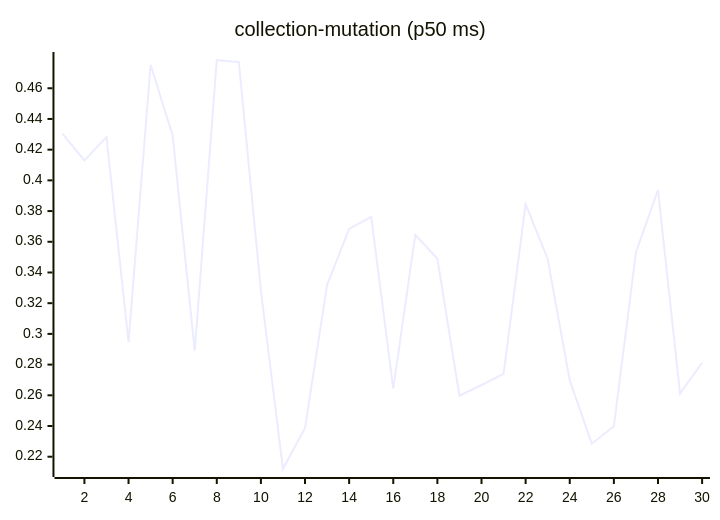
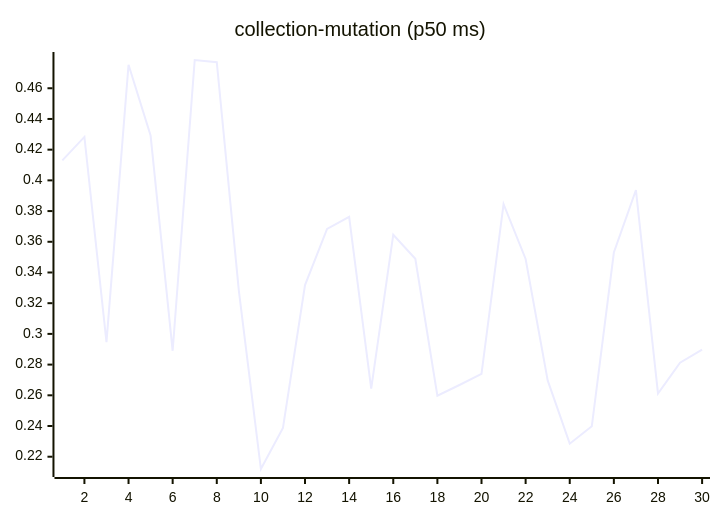
Before and after one commit to josha/Facet: the sixth of 27 diagrams in README.md, drawn with Mermaid. The commit also changed other lines of this file and 2 other files, not shown here.

````diff
--- a/README.md
+++ b/README.md
@@ -98,6 +98,6 @@
 ```mermaid
 xychart-beta
     title "collection-mutation (p50 ms)"
     x-axis 1 --> 30
-    line [0.4305, 0.4130, 0.4283, 0.2946, 0.4753, 0.4292, 0.2890, 0.4784, 0.4770, 0.3282, 0.2120, 0.2388, 0.3318, 0.3684, 0.3763, 0.2643, 0.3646, 0.3489, 0.2597, 0.2667, 0.2740, 0.3845, 0.3488, 0.2697, 0.2285, 0.2398, 0.3530, 0.3937, 0.2612, 0.2812]
+    line [0.4130, 0.4283, 0.2946, 0.4753, 0.4292, 0.2890, 0.4784, 0.4770, 0.3282, 0.2120, 0.2388, 0.3318, 0.3684, 0.3763, 0.2643, 0.3646, 0.3489, 0.2597, 0.2667, 0.2740, 0.3845, 0.3488, 0.2697, 0.2285, 0.2398, 0.3530, 0.3937, 0.2612, 0.2812, 0.2898]
 ```
````
